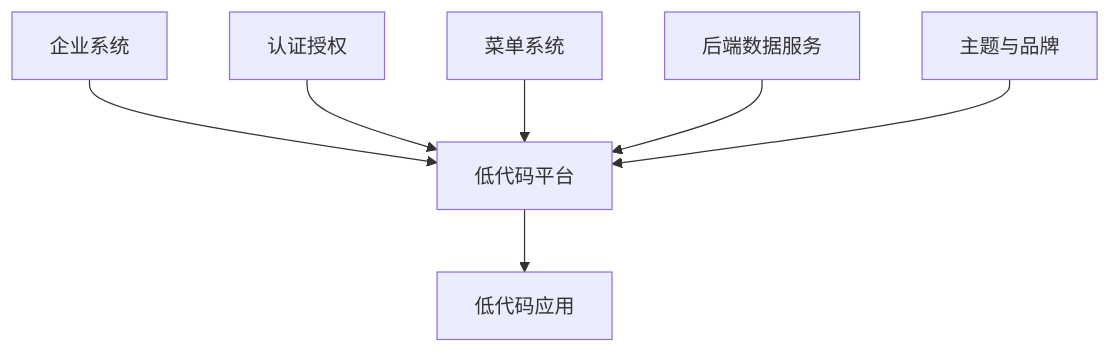
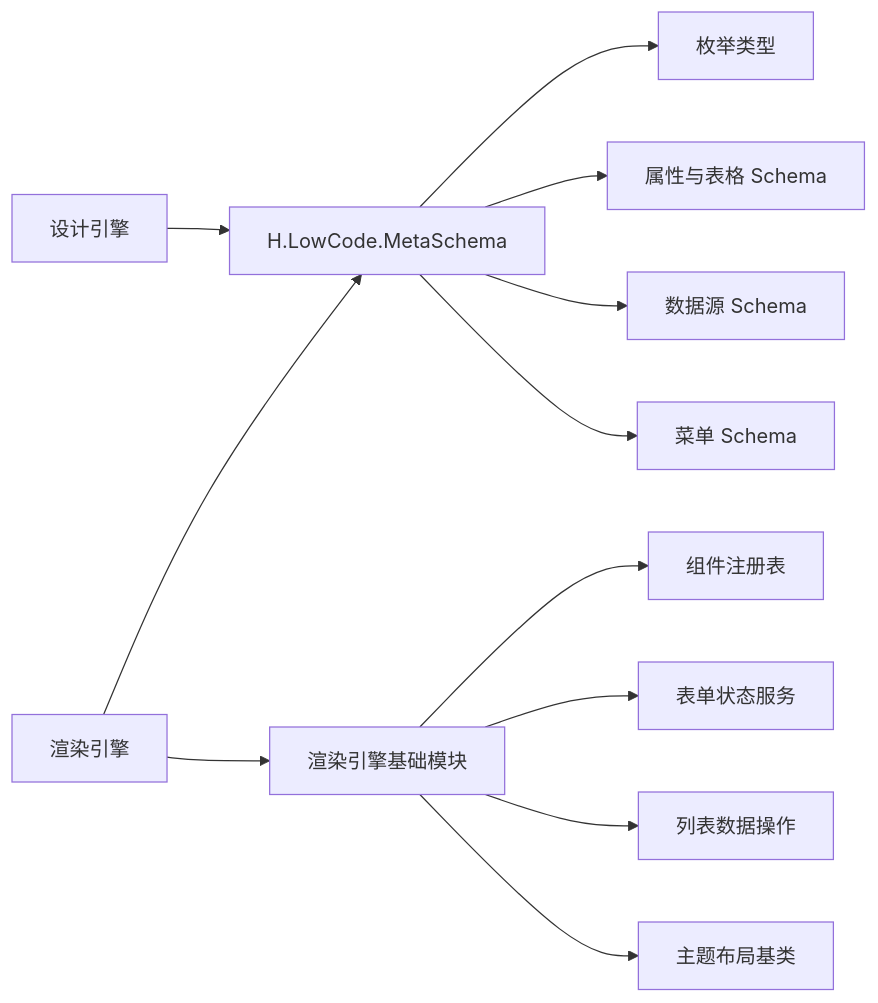
Before and after one commit to openlowcodelab/lowcode: the ninth of 10 diagrams in .qoder/repowiki/zh/content/低代码平台/低代码平台.md, drawn with Mermaid. The commit also changed other lines of this file and 223 other files, not shown here.

````diff
--- a/.qoder/repowiki/zh/content/低代码平台/低代码平台.md
+++ b/.qoder/repowiki/zh/content/低代码平台/低代码平台.md
@@ -485,17 +658,14 @@
 ```mermaid
-graph TB
-    Enterprise["企业系统"]
-    Auth["认证授权"]
-    Menu["菜单系统"]
-    Data["后端数据服务"]
-    Theme["主题与品牌"]
-    LowCode["低代码平台"]
-    App["低代码应用"]
-
-    Enterprise --> LowCode
-    Auth --> LowCode
-    Menu --> LowCode
-    Data --> LowCode
-    Theme --> LowCode
-    LowCode --> App
+graph LR
+    Meta["H.LowCode.MetaSchema"] --> Enums["枚举类型"]
+    Meta --> Properties["属性与表格 Schema"]
+    Meta --> Datasource["数据源 Schema"]
+    Meta --> Menu["菜单 Schema"]
+    Design["设计引擎"] --> Meta
+    Render["渲染引擎"] --> Meta
+    Render --> Base["渲染引擎基础模块"]
+    Base --> Registry["组件注册表"]
+    Base --> State["表单状态服务"]
+    Base --> ListOps["列表数据操作"]
+    Base --> Layout["主题布局基类"]
 ```
````
